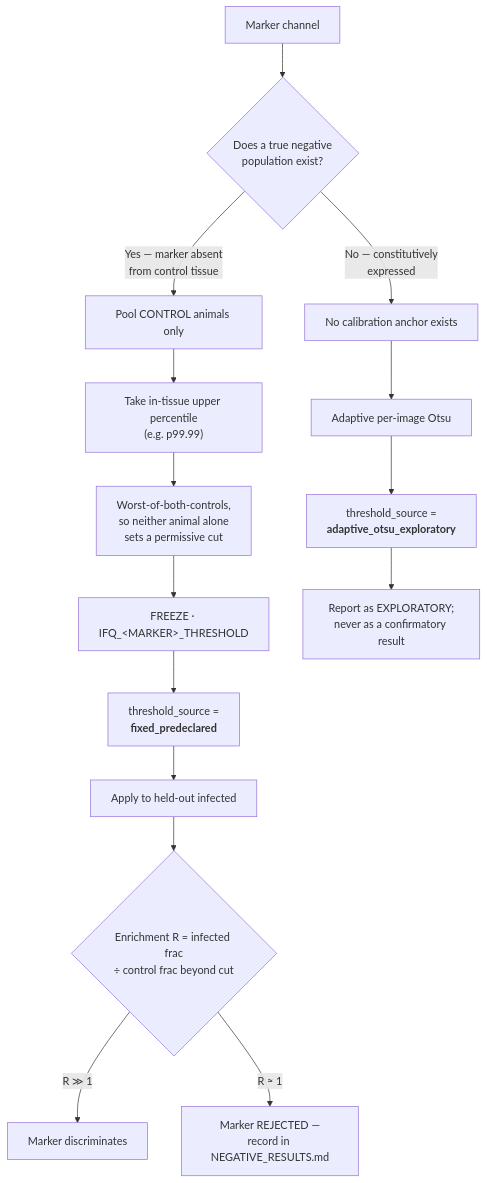
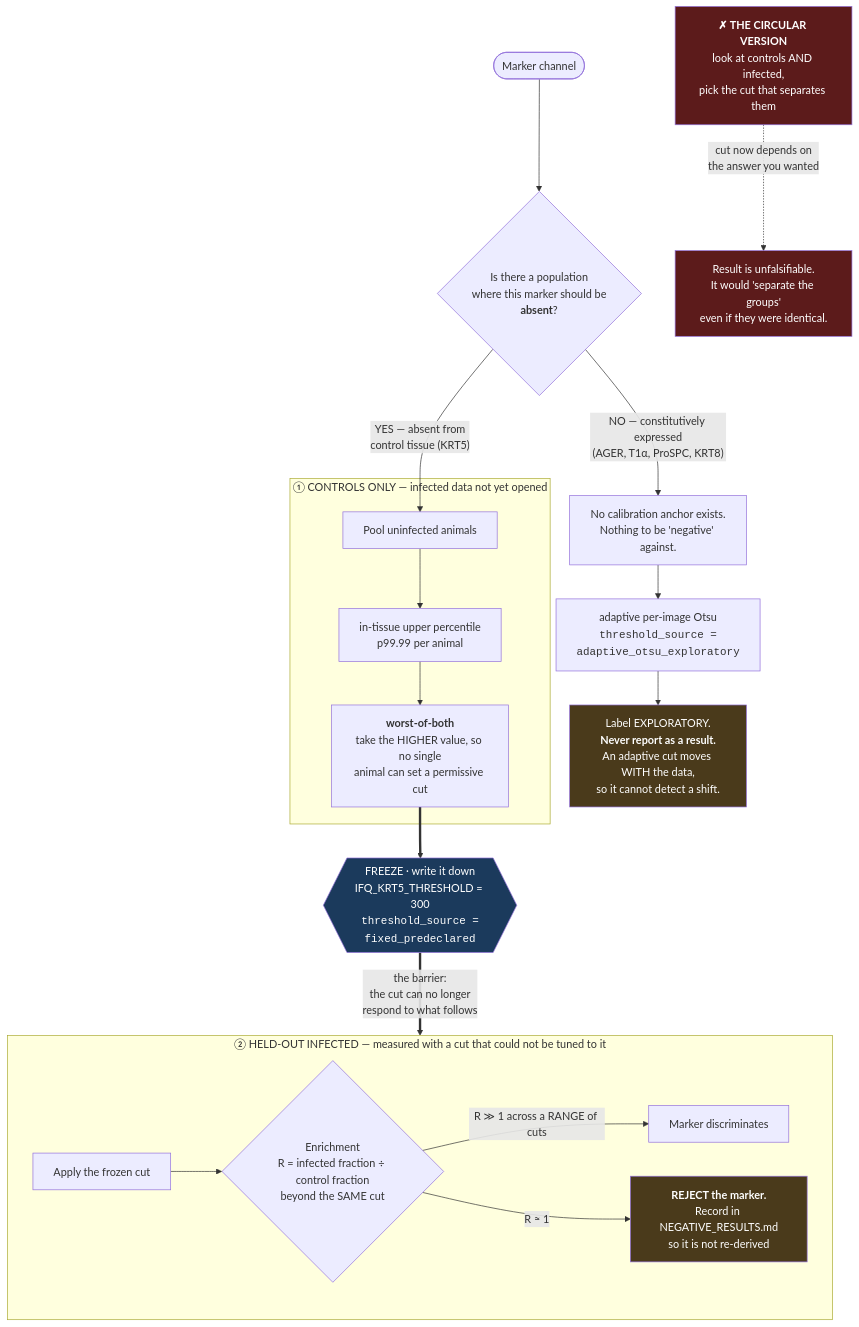
One commit to xorca0711/IFQuant-Lung changed the second of 8 diagrams in WORKFLOW.md. Above: the diagram before and after it, drawn with Mermaid. The commit also changed other lines of this file, not shown here.

````diff
--- a/WORKFLOW.md
+++ b/WORKFLOW.md
@@ -56,17 +56,33 @@
 ```mermaid
-flowchart TD
-    A[Marker channel] --> B{Does a true negative<br/>population exist?}
-    B -->|"Yes — marker absent<br/>from control tissue"| C[Pool CONTROL animals only]
-    C --> D["Take in-tissue upper percentile<br/>(e.g. p99.99)"]
-    D --> E["Worst-of-both-controls,<br/>so neither animal alone<br/>sets a permissive cut"]
-    E --> F["FREEZE · IFQ_&lt;MARKER&gt;_THRESHOLD"]
-    F --> G["threshold_source =<br/><b>fixed_predeclared</b>"]
-    G --> H[Apply to held-out infected]
-    B -->|"No — constitutively<br/>expressed"| I["No calibration anchor exists"]
-    I --> J["Adaptive per-image Otsu"]
-    J --> K["threshold_source =<br/><b>adaptive_otsu_exploratory</b>"]
-    K --> L["Report as EXPLORATORY;<br/>never as a confirmatory result"]
-    H --> M{"Enrichment R = infected frac<br/>÷ control frac beyond cut"}
-    M -->|"R ≫ 1"| N[Marker discriminates]
-    M -->|"R ≈ 1"| O["Marker REJECTED —<br/>record in NEGATIVE_RESULTS.md"]
+flowchart TB
+    START(["Marker channel"]) --> Q0{"Is there a population<br/>where this marker should be<br/><b>absent</b>?"}
+
+    Q0 -->|"NO — constitutively expressed<br/>(AGER, T1α, ProSPC, KRT8)"| NOANCH["No calibration anchor exists.<br/>Nothing to be 'negative' against."]
+    NOANCH --> ADAPT["adaptive per-image Otsu<br/><code>threshold_source =<br/>adaptive_otsu_exploratory</code>"]
+    ADAPT --> EXPL["Label EXPLORATORY.<br/><b>Never report as a result.</b><br/>An adaptive cut moves WITH the data,<br/>so it cannot detect a shift."]
+
+    Q0 -->|"YES — absent from<br/>control tissue (KRT5)"| SPLIT
+
+    subgraph STEP1["① CONTROLS ONLY — infected data not yet opened"]
+        SPLIT["Pool uninfected animals"] --> PCT["in-tissue upper percentile<br/>p99.99 per animal"]
+        PCT --> WORST["<b>worst-of-both</b><br/>take the HIGHER value, so no single<br/>animal can set a permissive cut"]
+    end
+
+    WORST ==> FREEZE{{"FREEZE · write it down<br/>IFQ_KRT5_THRESHOLD = 300<br/><code>threshold_source =<br/>fixed_predeclared</code>"}}
+
+    FREEZE ==>|"the barrier:<br/>the cut can no longer<br/>respond to what follows"| STEP2
+
+    subgraph STEP2["② HELD-OUT INFECTED — measured with a cut that could not be tuned to it"]
+        APPLY["Apply the frozen cut"] --> R{"Enrichment<br/>R = infected fraction ÷ control fraction<br/>beyond the SAME cut"}
+        R -->|"R ≫ 1 across a RANGE of cuts"| GOOD["Marker discriminates"]
+        R -->|"R ≈ 1"| BAD["<b>REJECT the marker.</b><br/>Record in NEGATIVE_RESULTS.md<br/>so it is not re-derived"]
+    end
+
+    CIRC["<b>✗ THE CIRCULAR VERSION</b><br/>look at controls AND infected,<br/>pick the cut that separates them"] -.->|"cut now depends on<br/>the answer you wanted"| POISON["Result is unfalsifiable.<br/>It would 'separate the groups'<br/>even if they were identical."]
+
+    style FREEZE fill:#1b3a5c,color:#fff
+    style CIRC fill:#5c1b1b,color:#fff
+    style POISON fill:#5c1b1b,color:#fff
+    style BAD fill:#4a3a1b,color:#fff
+    style EXPL fill:#4a3a1b,color:#fff
 ```
````
